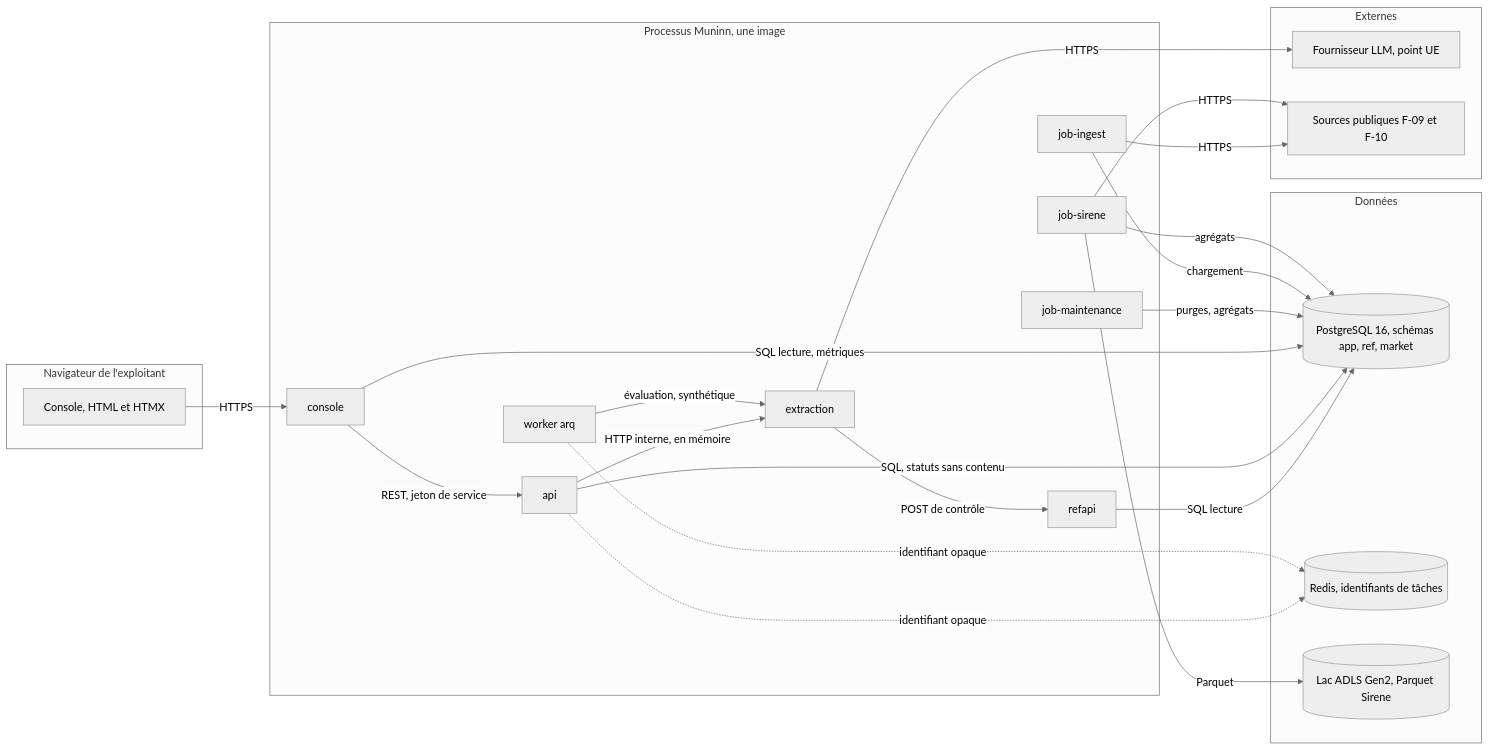
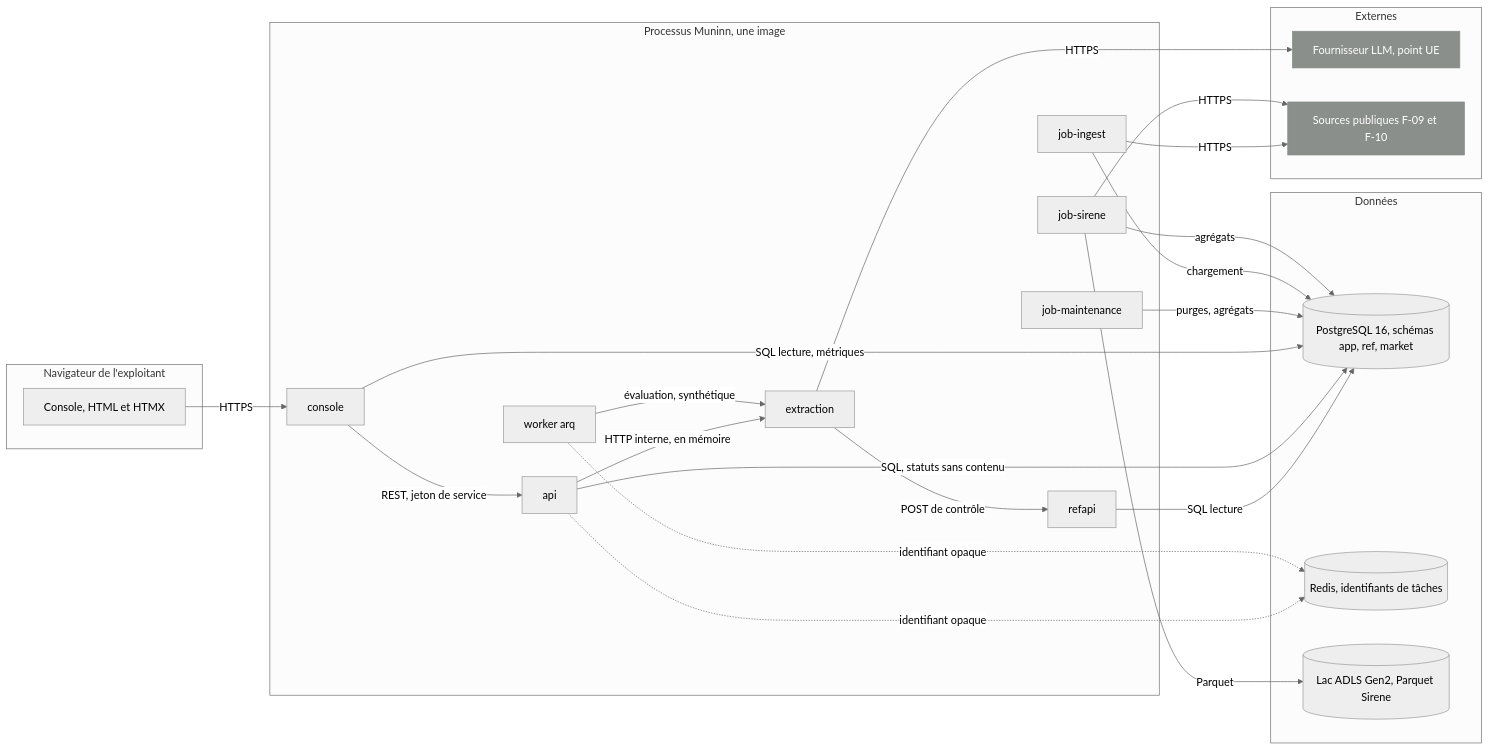
One commit to Bealph/muninn-v1 changed the first of 2 diagrams in docs/conception/industrialisation/06-architecture-technique.md. Above: the diagram before and after it, drawn with Mermaid (neutral theme). The commit also changed other lines of this file and 136 other files, not shown here.

First line of the commit message:
docs: style commun des diagrammes et des infographies (vert, externes en gris, alertes en rouge) (#194)

````diff
--- a/docs/conception/industrialisation/06-architecture-technique.md
+++ b/docs/conception/industrialisation/06-architecture-technique.md
@@ -125,42 +125,44 @@
 ```mermaid
 flowchart LR
   subgraph NAV["Navigateur de l'exploitant"]
     Ui["Console, HTML et HTMX"]
   end
   subgraph APP["Processus Muninn, une image"]
     Con["console"]
     Api["api"]
     Ext["extraction"]
     Ref["refapi"]
     Wrk["worker arq"]
     Jm["job-maintenance"]
     Ji["job-ingest"]
     Js["job-sirene"]
   end
   subgraph DATA["Données"]
     Pg[("PostgreSQL 16, schémas app, ref, market")]
     Rd[("Redis, identifiants de tâches")]
     Lake[("Lac ADLS Gen2, Parquet Sirene")]
   end
   subgraph EXT["Externes"]
     Llm["Fournisseur LLM, point UE"]
     Src["Sources publiques F-09 et F-10"]
   end
   Ui -->|"HTTPS"| Con
   Con -->|"REST, jeton de service"| Api
   Api -->|"HTTP interne, en mémoire"| Ext
   Ext -->|"POST de contrôle"| Ref
   Ext -->|"HTTPS"| Llm
   Ref -->|"SQL lecture"| Pg
   Api -->|"SQL, statuts sans contenu"| Pg
   Con -->|"SQL lecture, métriques"| Pg
   Api -.->|"identifiant opaque"| Rd
   Wrk -.->|"identifiant opaque"| Rd
   Wrk -->|"évaluation, synthétique"| Ext
   Jm -->|"purges, agrégats"| Pg
   Ji -->|"chargement"| Pg
   Ji -->|"HTTPS"| Src
   Js -->|"HTTPS"| Src
   Js -->|"Parquet"| Lake
   Js -->|"agrégats"| Pg
+  classDef externe fill:#8a8f8c,stroke:#8a8f8c,color:#ffffff
+  class Llm,Src externe
 ```
````
